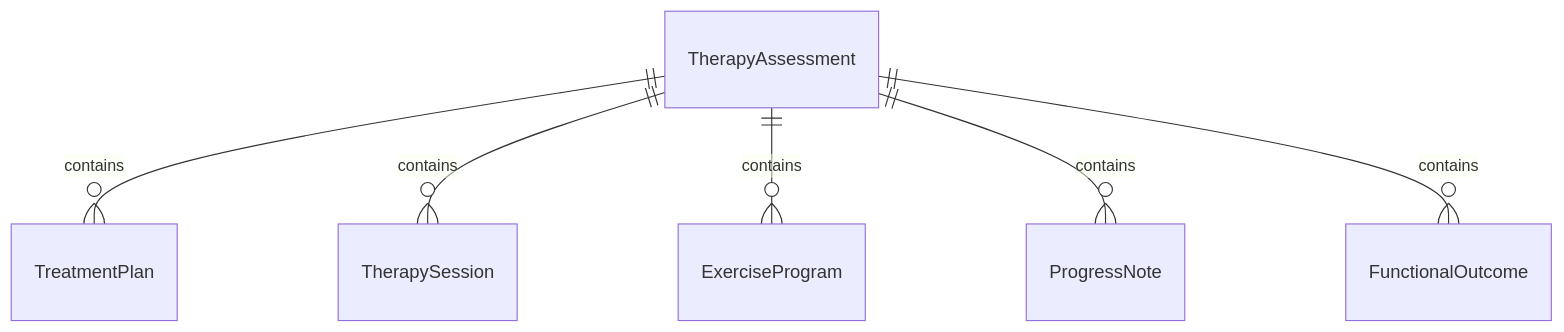
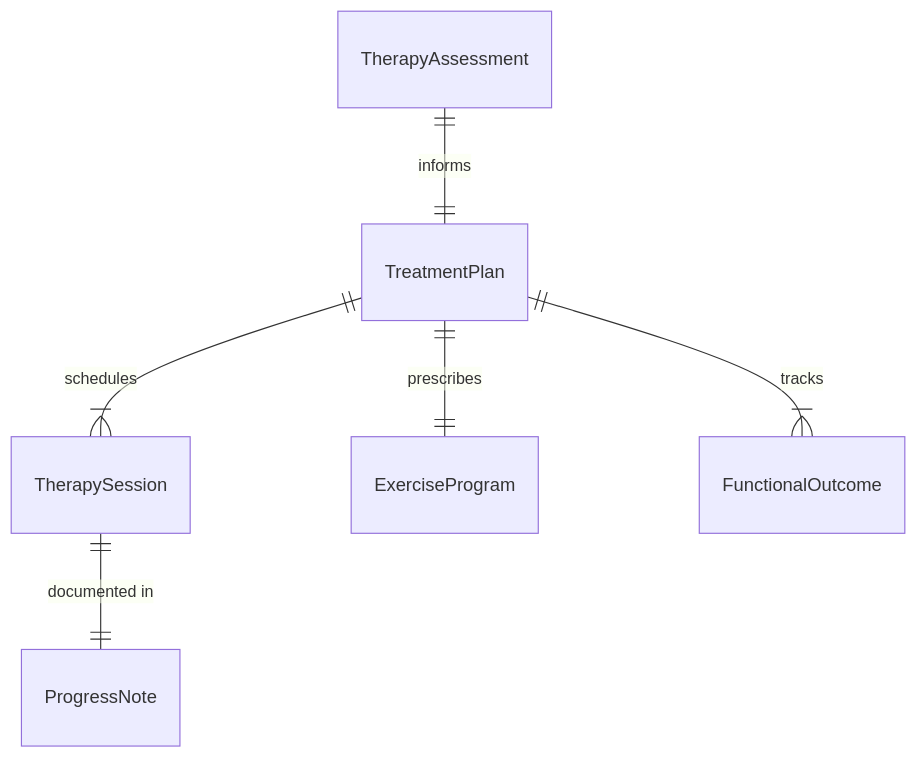
The first of 4 diagrams in AssistingAndCaringForOthers/AdministerTherapeuticTreatments/TreatPatientsUsingPhysicalTherapy.mdx (dot-org-ai/tasks.org.ai), drawn with Mermaid before and after one commit. The commit also changed other lines of this file and 32 other files, not shown here.

First line of the commit message:
fix: Improve ER and State diagrams in 32 AssistingAndCaringForOthers DWA files

````diff
--- a/AssistingAndCaringForOthers/AdministerTherapeuticTreatments/TreatPatientsUsingPhysicalTherapy.mdx
+++ b/AssistingAndCaringForOthers/AdministerTherapeuticTreatments/TreatPatientsUsingPhysicalTherapy.mdx
@@ -88,8 +88,8 @@
 ```mermaid
 erDiagram
-    TherapyAssessment ||--o{ TreatmentPlan : contains
-    TherapyAssessment ||--o{ TherapySession : contains
-    TherapyAssessment ||--o{ ExerciseProgram : contains
-    TherapyAssessment ||--o{ ProgressNote : contains
-    TherapyAssessment ||--o{ FunctionalOutcome : contains
+    TherapyAssessment ||--|| TreatmentPlan : informs
+    TreatmentPlan ||--|{ TherapySession : schedules
+    TreatmentPlan ||--|| ExerciseProgram : prescribes
+    TherapySession ||--|| ProgressNote : "documented in"
+    TreatmentPlan ||--|{ FunctionalOutcome : tracks
 ```
````
